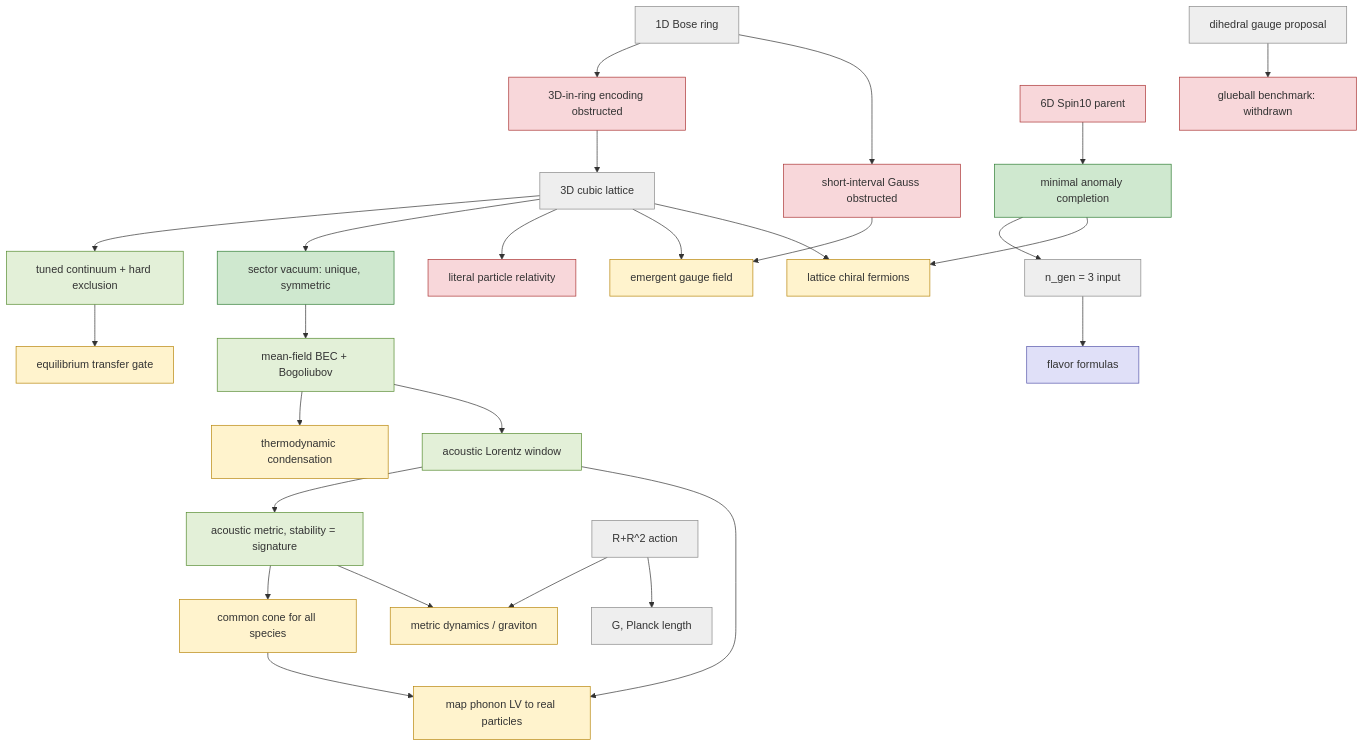
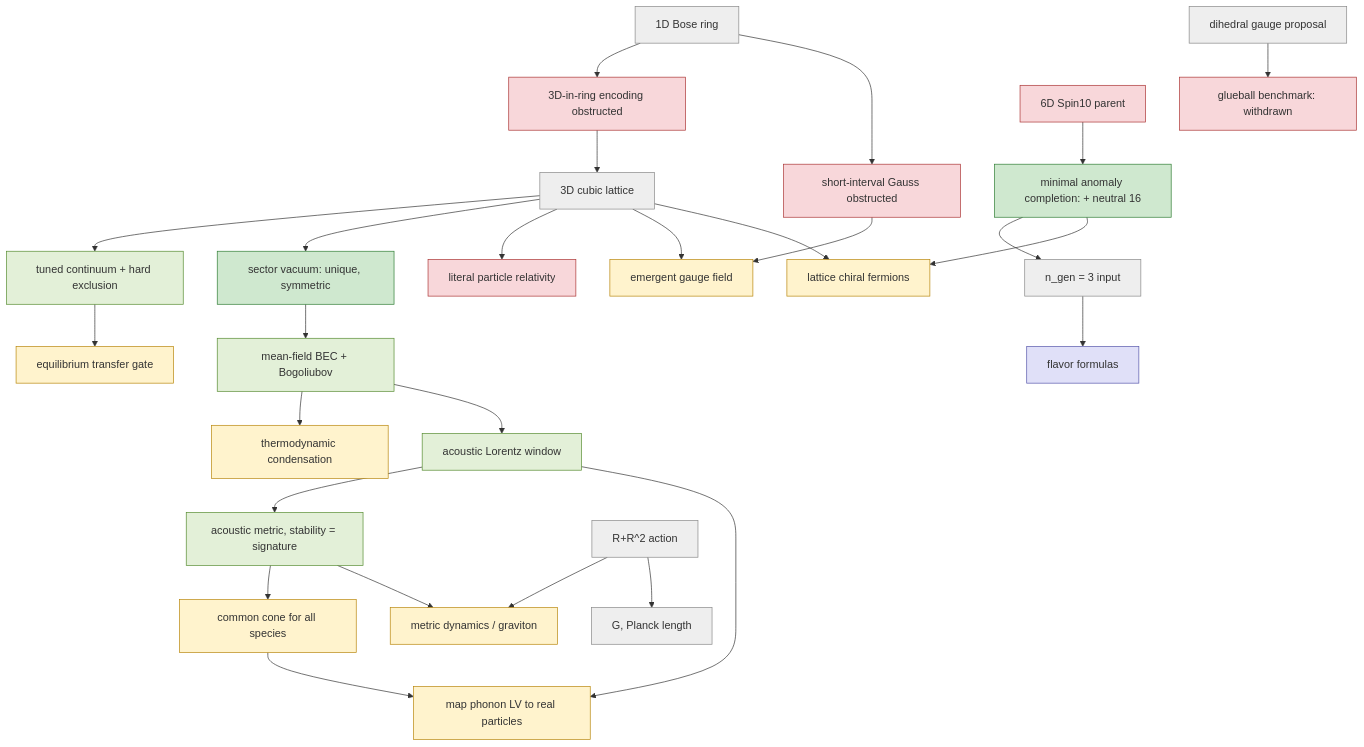
Before and after one commit to jackalkahwati/BPR-Math-Spine: the diagram in doc/derivations/unification_map_2026-09-25.md, drawn with Mermaid. The commit also changed other lines of this file and 6 other files, not shown here.

````diff
--- a/doc/derivations/unification_map_2026-09-25.md
+++ b/doc/derivations/unification_map_2026-09-25.md
@@ -77,35 +83,35 @@
 ```mermaid
 graph TD
   classDef stip fill:#eee,stroke:#888
   classDef exact fill:#cfe8cf,stroke:#2e7d32
   classDef ctrl fill:#e3f0d8,stroke:#558b2f
   classDef open fill:#fff3cd,stroke:#b8860b
   classDef obst fill:#f8d7da,stroke:#a33
   classDef fit fill:#e0e0f8,stroke:#55a
 
   ring[1D Bose ring]:::stip --> locobs[3D-in-ring encoding obstructed]:::obst
   ring --> gauss[short-interval Gauss obstructed]:::obst
   locobs --> cubic[3D cubic lattice]:::stip
   cubic --> tuned[tuned continuum + hard exclusion]:::ctrl
   tuned --> eqgate[equilibrium transfer gate]:::open
   cubic --> vac[sector vacuum: unique, symmetric]:::exact
   vac --> bec[mean-field BEC + Bogoliubov]:::ctrl
   bec --> thermo[thermodynamic condensation]:::open
   cubic --> lit[literal particle relativity]:::obst
   bec --> window[acoustic Lorentz window]:::ctrl
   window --> metric[acoustic metric, stability = signature]:::ctrl
   metric --> speed[common cone for all species]:::open
   metric --> gdyn[metric dynamics / graviton]:::open
   grav[R+R^2 action]:::stip --> gdyn
   grav --> G[G, Planck length]:::stip
   gauss --> egauge[emergent gauge field]:::open
   cubic --> egauge
   pathb[dihedral gauge proposal]:::stip --> glue[glueball benchmark: withdrawn]:::obst
-  parent[6D Spin10 parent]:::obst --> comp[minimal anomaly completion]:::exact
+  parent[6D Spin10 parent]:::obst --> comp[minimal anomaly completion: + neutral 16]:::exact
   comp --> ngen[n_gen = 3 input]:::stip
   comp --> latchi[lattice chiral fermions]:::open
   cubic --> latchi
   ngen --> flavor[flavor formulas]:::fit
   window --> lv[map phonon LV to real particles]:::open
   speed --> lv
 ```
````
